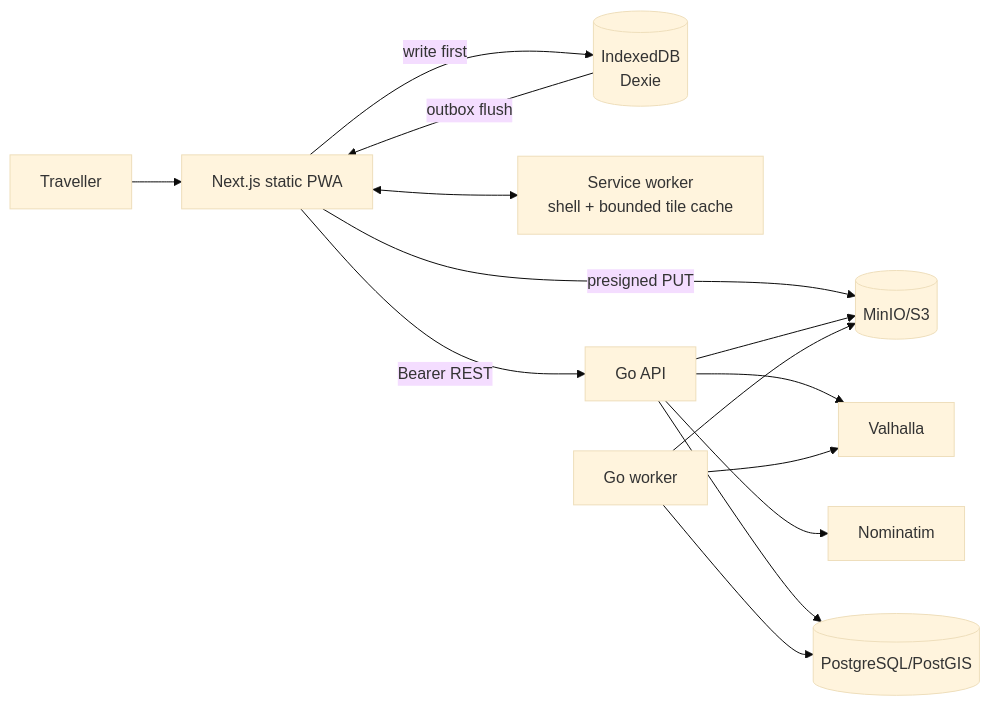
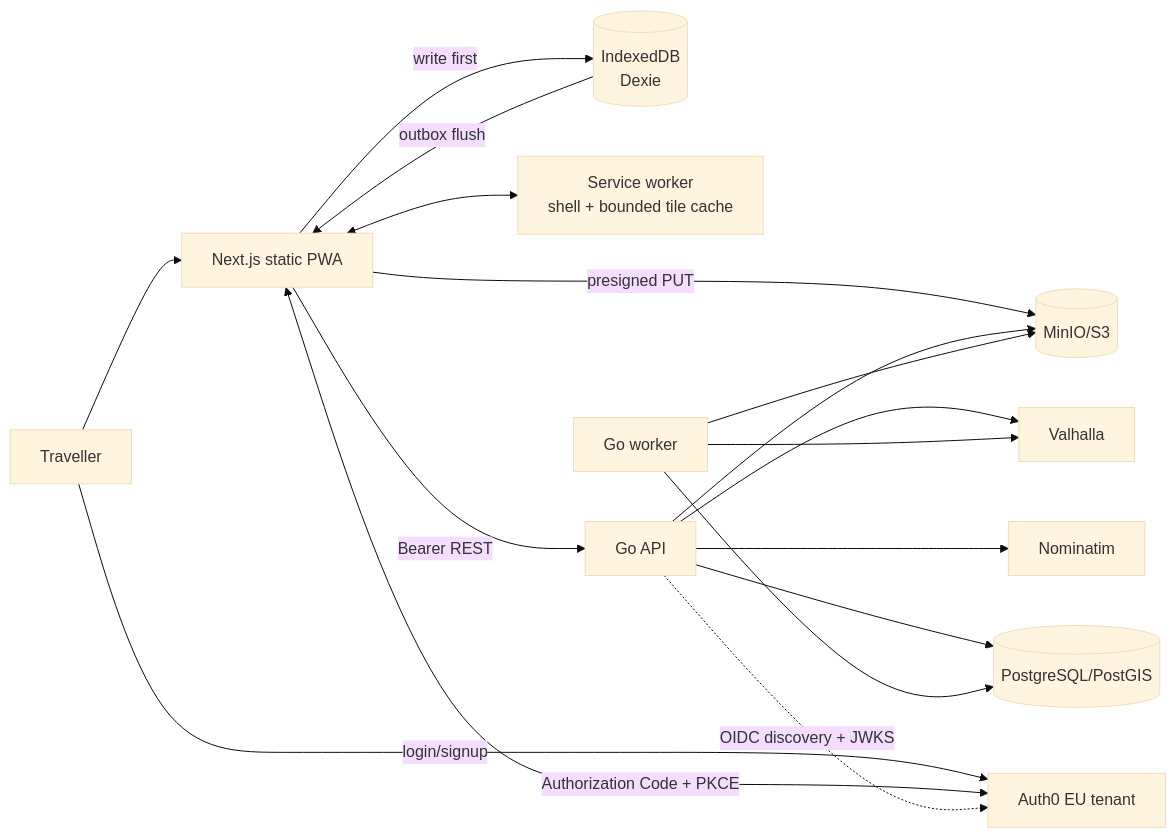
The first of 12 diagrams in docs/pwa-detailed-design.md (sourav-tech-artisan/Pinerary), drawn with Mermaid (base theme) before and after one commit. The commit also changed other lines of this file and 23 other files, not shown here.

Commit message:
feat(auth): integrate Auth0 across PWA and API config

````diff
--- a/docs/pwa-detailed-design.md
+++ b/docs/pwa-detailed-design.md
@@ -32,27 +32,31 @@
 ```mermaid
 flowchart LR
     User[Traveller]
     UI[Next.js static PWA]
+    Auth0[Auth0 EU tenant]
     IDB[(IndexedDB<br/>Dexie)]
     SW[Service worker<br/>shell + bounded tile cache]
     API[Go API]
     Worker[Go worker]
     DB[(PostgreSQL/PostGIS)]
     S3[(MinIO/S3)]
     Valhalla[Valhalla]
     Nominatim[Nominatim]
 
     User --> UI
+    User -->|login/signup| Auth0
+    UI <-->|Authorization Code + PKCE| Auth0
     UI -->|write first| IDB
     IDB -->|outbox flush| UI
     UI -->|Bearer REST| API
+    API -.->|OIDC discovery + JWKS| Auth0
     UI -->|presigned PUT| S3
     UI <--> SW
     API --> DB
     API --> S3
     API --> Valhalla
     API --> Nominatim
     Worker --> DB
     Worker --> S3
     Worker --> Valhalla
 ```
````
